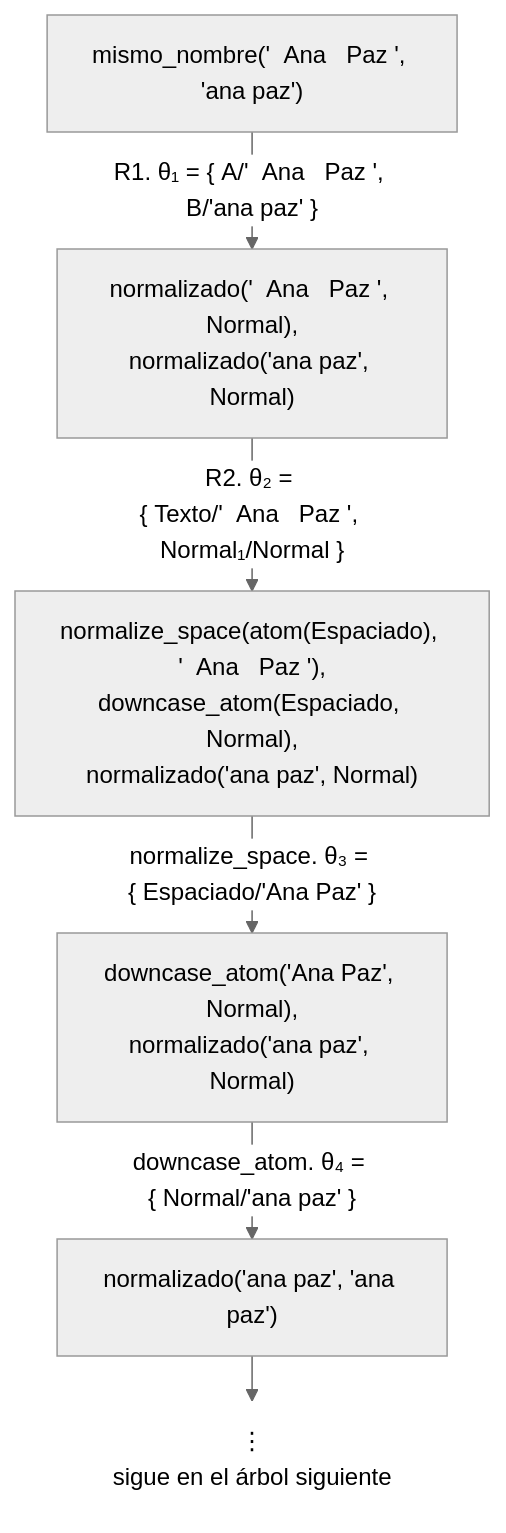
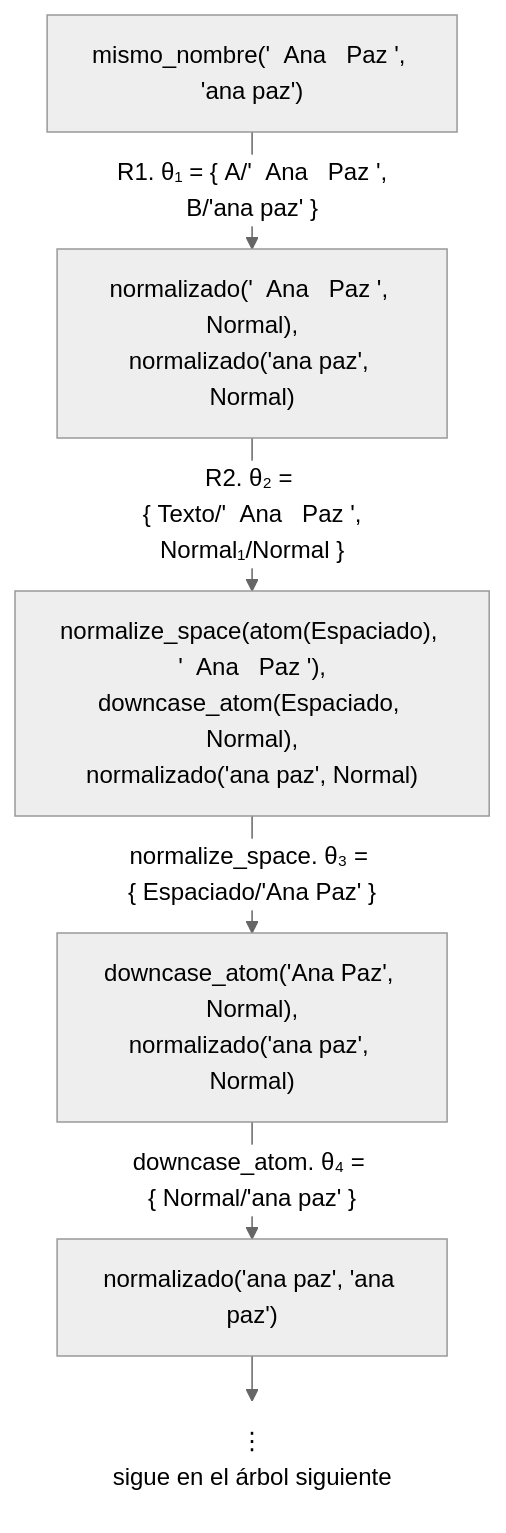
One commit to CesarBallardini/curso-de-prolog changed the fourth of 6 diagrams in docs/capitulo-11-texto/index.md. Above: the diagram before and after it, drawn with Mermaid (neutral theme). The commit also changed other lines of this file and 24 other files, not shown here.

First line of the commit message:
feat(docs): botones para ocultar las columnas laterales y etiquetas cortas en los diagramas

````diff
--- a/docs/capitulo-11-texto/index.md
+++ b/docs/capitulo-11-texto/index.md
@@ -751,11 +751,11 @@
 ```mermaid
 %%{init: {"flowchart": {"rankSpacing": 30, "nodeSpacing": 25}}}%%
 flowchart TD
-    A["mismo_nombre('&nbsp;&nbsp;Ana&nbsp;&nbsp;&nbsp;Paz&nbsp;', 'ana paz')"] -- "R1. θ₁ = {&nbsp;A/'&nbsp;&nbsp;Ana&nbsp;&nbsp;&nbsp;Paz&nbsp;', B/'ana paz'&nbsp;}" --> B["normalizado('&nbsp;&nbsp;Ana&nbsp;&nbsp;&nbsp;Paz&nbsp;', Normal),<br/>normalizado('ana paz', Normal)"]
-    B -- "R2. θ₂ = {&nbsp;Texto/'&nbsp;&nbsp;Ana&nbsp;&nbsp;&nbsp;Paz&nbsp;', Normal₁/Normal&nbsp;}" --> C["normalize_space(atom(Espaciado), '&nbsp;&nbsp;Ana&nbsp;&nbsp;&nbsp;Paz&nbsp;'),<br/>downcase_atom(Espaciado, Normal),<br/>normalizado('ana paz', Normal)"]
+    A["mismo_nombre('&nbsp;&nbsp;Ana&nbsp;&nbsp;&nbsp;Paz&nbsp;', 'ana paz')"] -- "R1. θ₁ = {&nbsp;A/'&nbsp;&nbsp;Ana&nbsp;&nbsp;&nbsp;Paz&nbsp;',<br/>B/'ana paz'&nbsp;}" --> B["normalizado('&nbsp;&nbsp;Ana&nbsp;&nbsp;&nbsp;Paz&nbsp;', Normal),<br/>normalizado('ana paz', Normal)"]
+    B -- "R2. θ₂ = {&nbsp;Texto/'&nbsp;&nbsp;Ana&nbsp;&nbsp;&nbsp;Paz&nbsp;',<br/>Normal₁/Normal&nbsp;}" --> C["normalize_space(atom(Espaciado), '&nbsp;&nbsp;Ana&nbsp;&nbsp;&nbsp;Paz&nbsp;'),<br/>downcase_atom(Espaciado, Normal),<br/>normalizado('ana paz', Normal)"]
     C -- "normalize_space. θ₃ = {&nbsp;Espaciado/'Ana Paz'&nbsp;}" --> D["downcase_atom('Ana Paz', Normal),<br/>normalizado('ana paz', Normal)"]
     D -- "downcase_atom. θ₄ = {&nbsp;Normal/'ana paz'&nbsp;}" --> E["normalizado('ana paz', 'ana paz')"]
     E --> V["⋮<br/>sigue en el árbol siguiente"]
     classDef abierto fill:none,stroke:none;
     class V abierto;
 ```
````
